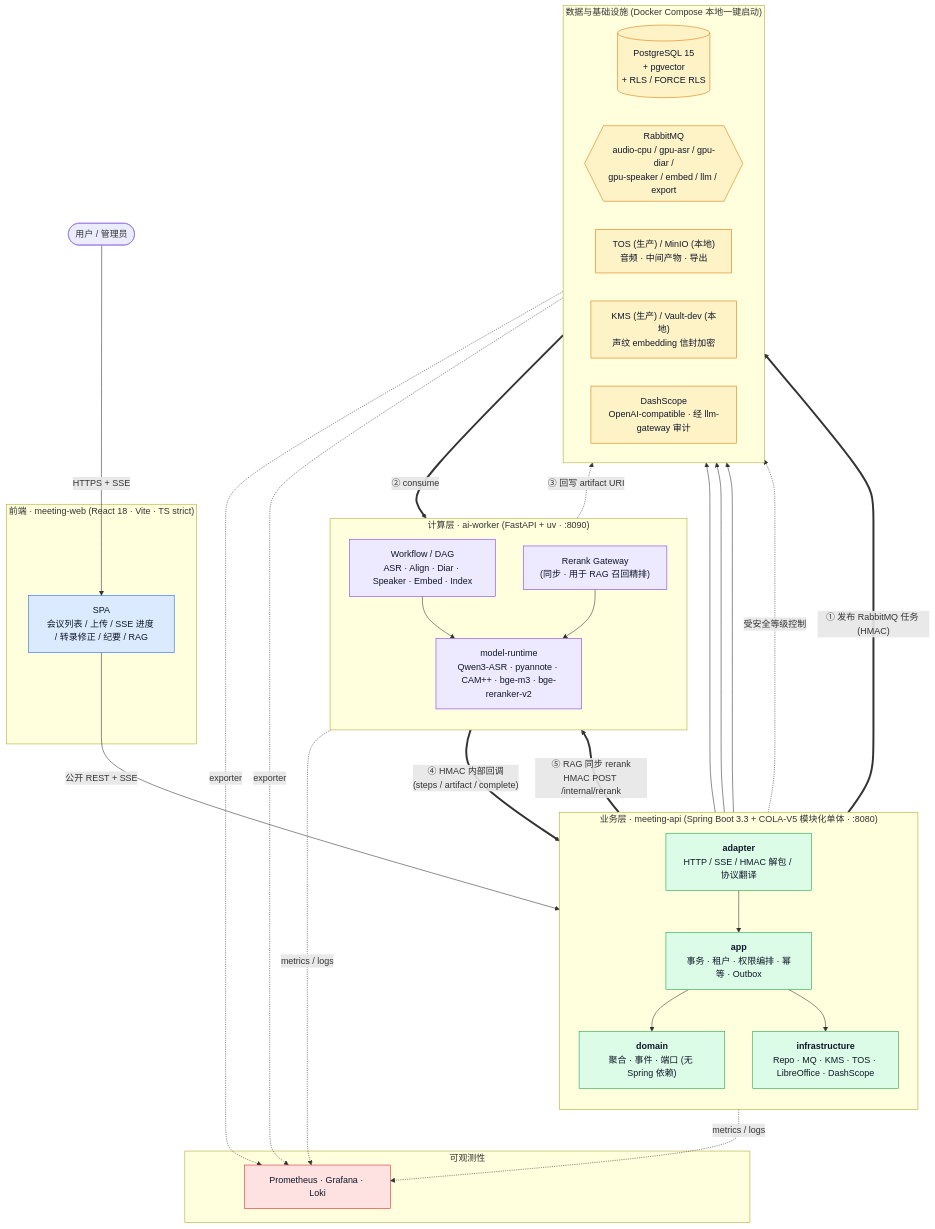
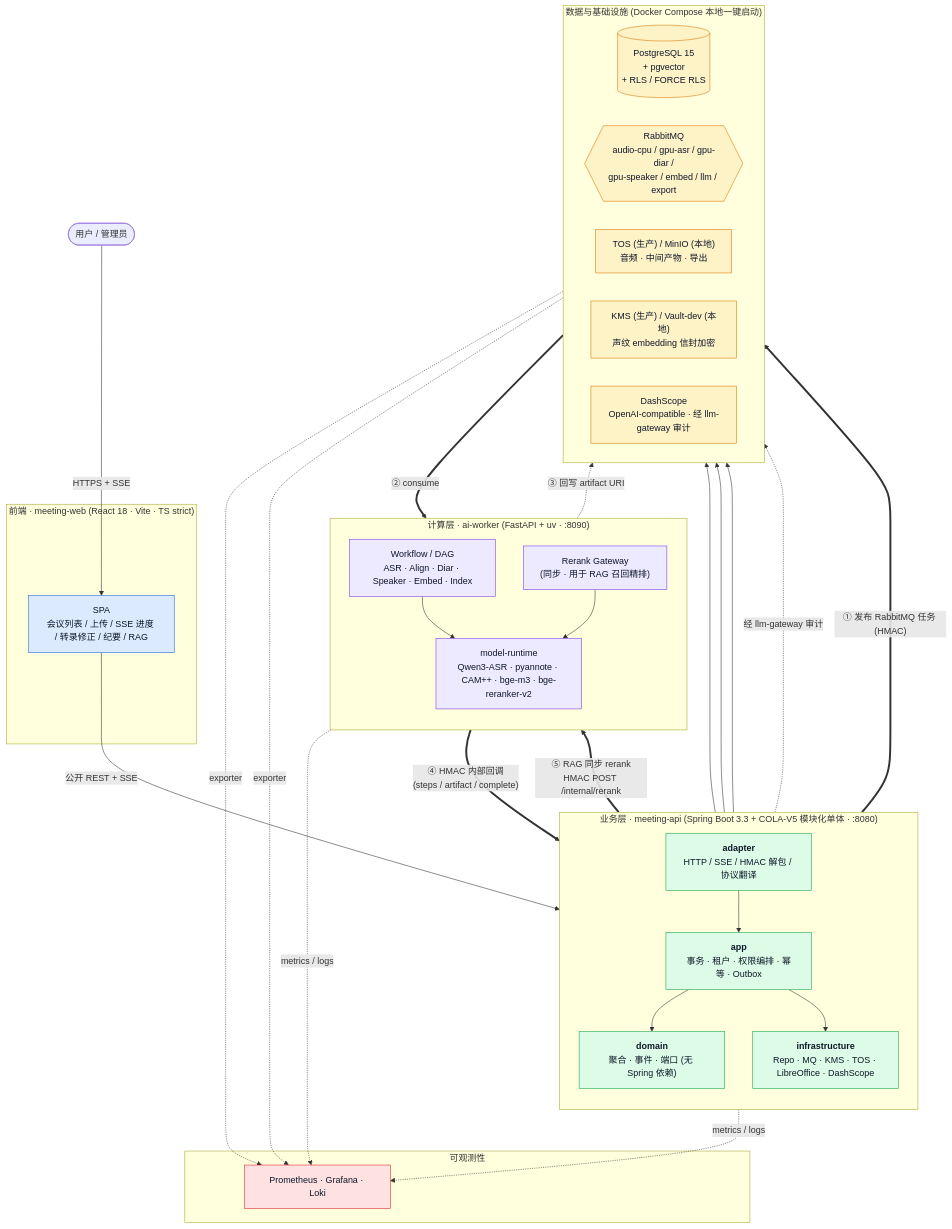
The first of 3 diagrams in README.md (JAHSEH618/meeting), drawn with Mermaid before and after one commit. The commit also changed other lines of this file and 3 other files, not shown here.

````diff
--- a/README.md
+++ b/README.md
@@ -25,69 +25,69 @@
 ```mermaid
 flowchart TB
     User([用户 / 管理员])
 
     subgraph Frontend["前端 · meeting-web (React 18 · Vite · TS strict)"]
         Web["SPA<br/>会议列表 / 上传 / SSE 进度 / 转录修正 / 纪要 / RAG"]
     end
 
     subgraph API["业务层 · meeting-api (Spring Boot 3.3 + COLA-V5 模块化单体 · :8080)"]
         direction TB
         Adapter["<b>adapter</b><br/>HTTP / SSE / HMAC 解包 / 协议翻译"]
         App["<b>app</b><br/>事务 · 租户 · 权限编排 · 幂等 · Outbox"]
         Domain["<b>domain</b><br/>聚合 · 事件 · 端口 (无 Spring 依赖)"]
         Infra["<b>infrastructure</b><br/>Repo · MQ · KMS · TOS · LibreOffice · DashScope"]
         Adapter --> App --> Domain
         App --> Infra
     end
 
     subgraph Worker["计算层 · ai-worker (FastAPI + uv · :8090)"]
         direction TB
         Workflow["Workflow / DAG<br/>ASR · Align · Diar · Speaker · Embed · Index"]
         Rerank["Rerank Gateway<br/>(同步 · 用于 RAG 召回精排)"]
         Runtime["model-runtime<br/>Qwen3-ASR · pyannote · CAM++ · bge-m3 · bge-reranker-v2"]
         Workflow --> Runtime
         Rerank --> Runtime
     end
 
     subgraph Store["数据与基础设施 (Docker Compose 本地一键启动)"]
         direction LR
         PG[("PostgreSQL 15<br/>+ pgvector<br/>+ RLS / FORCE RLS")]
         MQ{{"RabbitMQ<br/>audio-cpu / gpu-asr / gpu-diar /<br/>gpu-speaker / embed / llm / export"}}
         TOS["TOS (生产) / MinIO (本地)<br/>音频 · 中间产物 · 导出"]
         Vault["KMS (生产) / Vault-dev (本地)<br/>声纹 embedding 信封加密"]
         LLM["DashScope<br/>OpenAI-compatible · 经 llm-gateway 审计"]
     end
 
     subgraph Obs["可观测性"]
         OTel["Prometheus · Grafana · Loki"]
     end
 
     User -->|HTTPS + SSE| Web
     Web -->|公开 REST + SSE| Adapter
 
     Infra --> PG
     Infra --> TOS
     Infra --> Vault
-    Infra -. "受安全等级控制" .-> LLM
+    Infra -. "经 llm-gateway 审计" .-> LLM
     Infra ==>|"① 发布 RabbitMQ 任务 (HMAC)"| MQ
     MQ ==>|"② consume"| Workflow
     Workflow -.->|"③ 回写 artifact URI"| TOS
     Workflow ==>|"④ HMAC 内部回调<br/>(steps / artifact / complete)"| Adapter
     Adapter ==>|"⑤ RAG 同步 rerank<br/>HMAC POST /internal/rerank"| Rerank
 
     Adapter -. metrics / logs .-> OTel
     Workflow -. metrics / logs .-> OTel
     PG -. exporter .-> OTel
     MQ -. exporter .-> OTel
 
     classDef frontend fill:#dbeafe,stroke:#2563eb,color:#0f172a;
     classDef api fill:#dcfce7,stroke:#16a34a,color:#0f172a;
     classDef worker fill:#ede9fe,stroke:#7c3aed,color:#0f172a;
     classDef store fill:#fef3c7,stroke:#d97706,color:#0f172a;
     classDef obs fill:#fee2e2,stroke:#dc2626,color:#0f172a;
     class Web frontend;
     class Adapter,App,Domain,Infra api;
     class Workflow,Rerank,Runtime worker;
     class PG,MQ,TOS,Vault,LLM store;
     class OTel obs;
 ```
````
